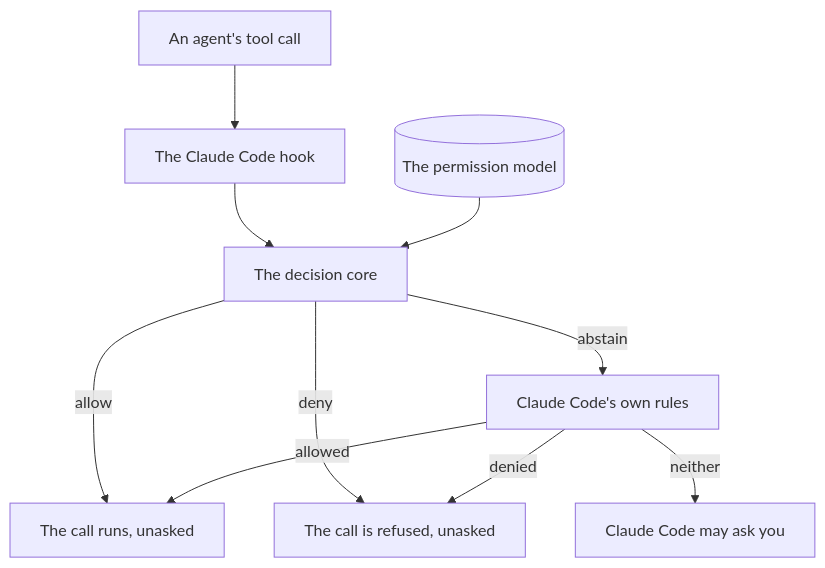
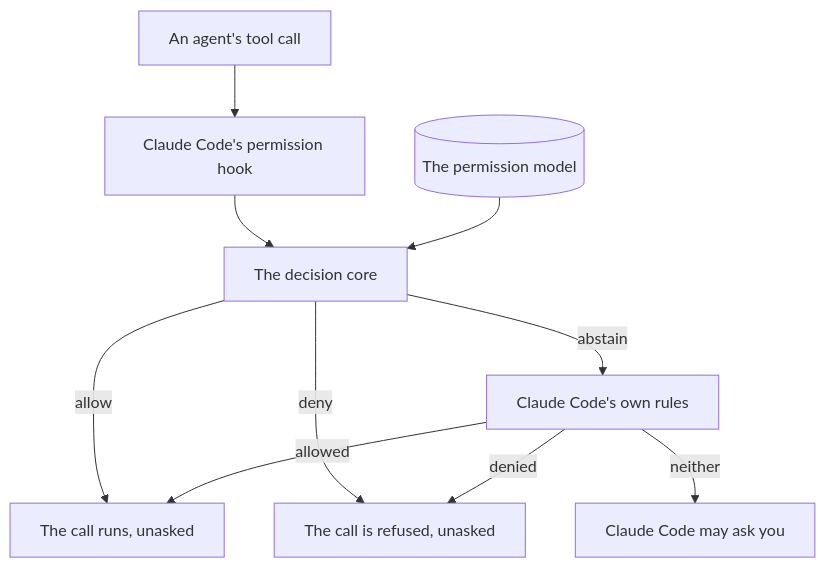
The diagram in .pkit/permissions/README.md (aleskalfas/project-kit), drawn with Mermaid before and after one commit. The commit also changed other lines of this file, not shown here.

First line of the commit message:
docs(permissions): the README takes its reviewers' findings on the second pass

````diff
--- a/.pkit/permissions/README.md
+++ b/.pkit/permissions/README.md
@@ -55,14 +55,14 @@
 ```mermaid
 flowchart TD
   accTitle: How a tool call is decided
-  accDescr: An agent's tool call goes to the Claude Code hook, which has the decision core decide it. The core reads the permission model, and its verdict is allow, deny or abstain. On allow the call runs, and on deny it is refused, with no prompt for either. On abstain, Claude Code's own rules decide: they run the call or refuse it, and otherwise Claude Code may ask you.
-  call["An agent's tool call"] --> hook["The Claude Code hook"]
+  accDescr: An agent's tool call goes to Claude Code's permission hook, which has the decision core decide it. The core reads the permission model, and its verdict is allow, deny or abstain. On allow the call runs, and on deny it is refused, with no prompt for either. On abstain, Claude Code's own rules decide: they run the call or refuse it, and otherwise Claude Code may ask you.
+  call["An agent's tool call"] --> hook["Claude Code's permission hook"]
   hook --> core["The decision core"]
   model[("The permission model")] --> core
   core -->|allow| runs["The call runs, unasked"]
   core -->|deny| refused["The call is refused, unasked"]
   core -->|abstain| rules["Claude Code's own rules"]
   rules -->|allowed| runs
   rules -->|denied| refused
   rules -->|neither| asked["Claude Code may ask you"]
 ```
````
